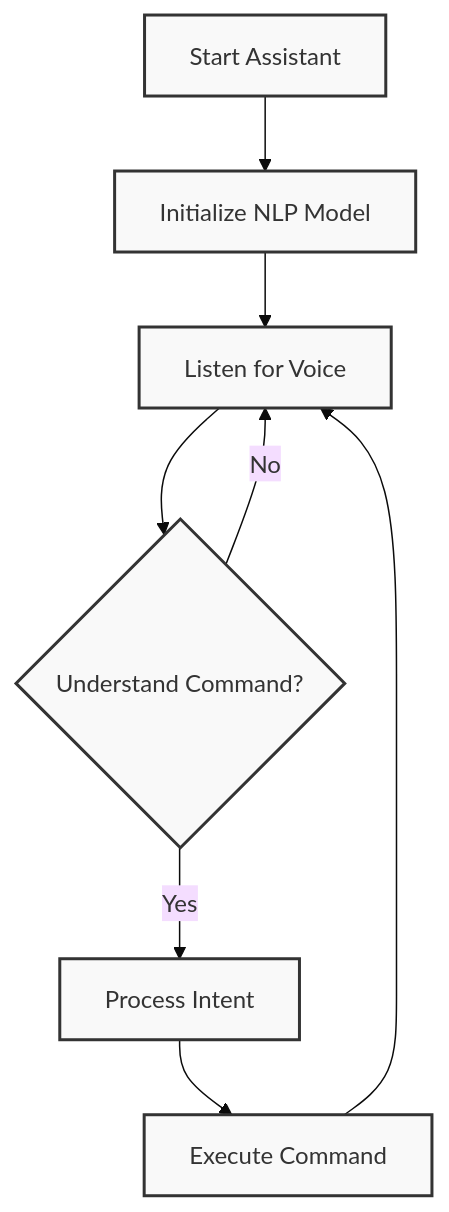
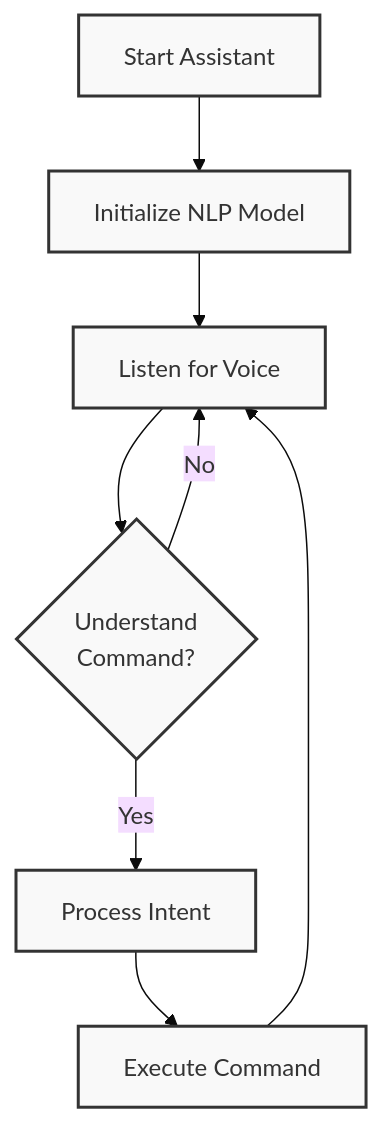
Before and after one commit to AshGod16/voice-assistant: the diagram in README.md, drawn with Mermaid (base theme).

Commit message:
readme update

````diff
--- a/README.md
+++ b/README.md
@@ -44,15 +44,15 @@
 ```mermaid
 graph TD
     A[Start Assistant] --> B[Initialize NLP Model]
     B --> C[Listen for Voice]
-    C --> D{Understand Command?}
+    C --> D{Understand<br/>Command?}
     D -->|Yes| E[Process Intent]
     D -->|No| C
     E --> F[Execute Command]
     F --> C
 
     %% Style
     classDef default fill:#f9f9f9,stroke:#333,stroke-width:2px
     classDef node text-align:center
     class A,B,C,D,E,F node
 ```
````
